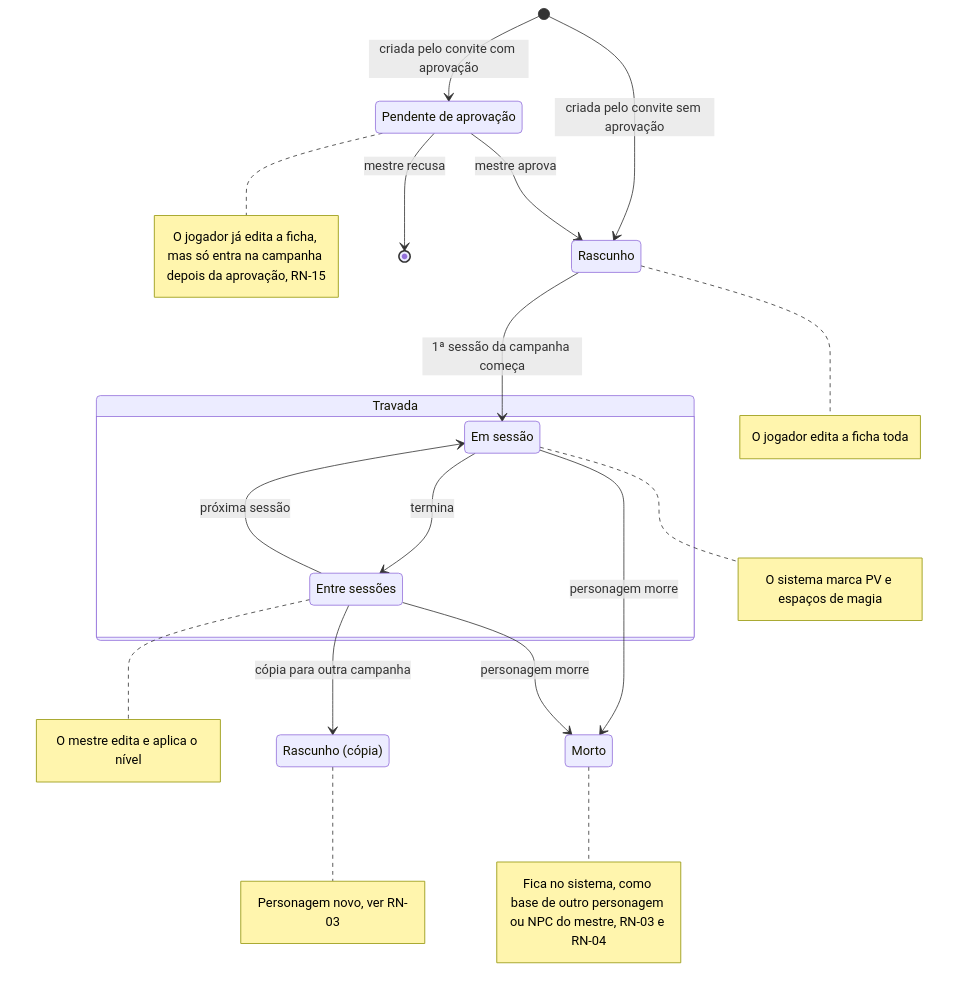
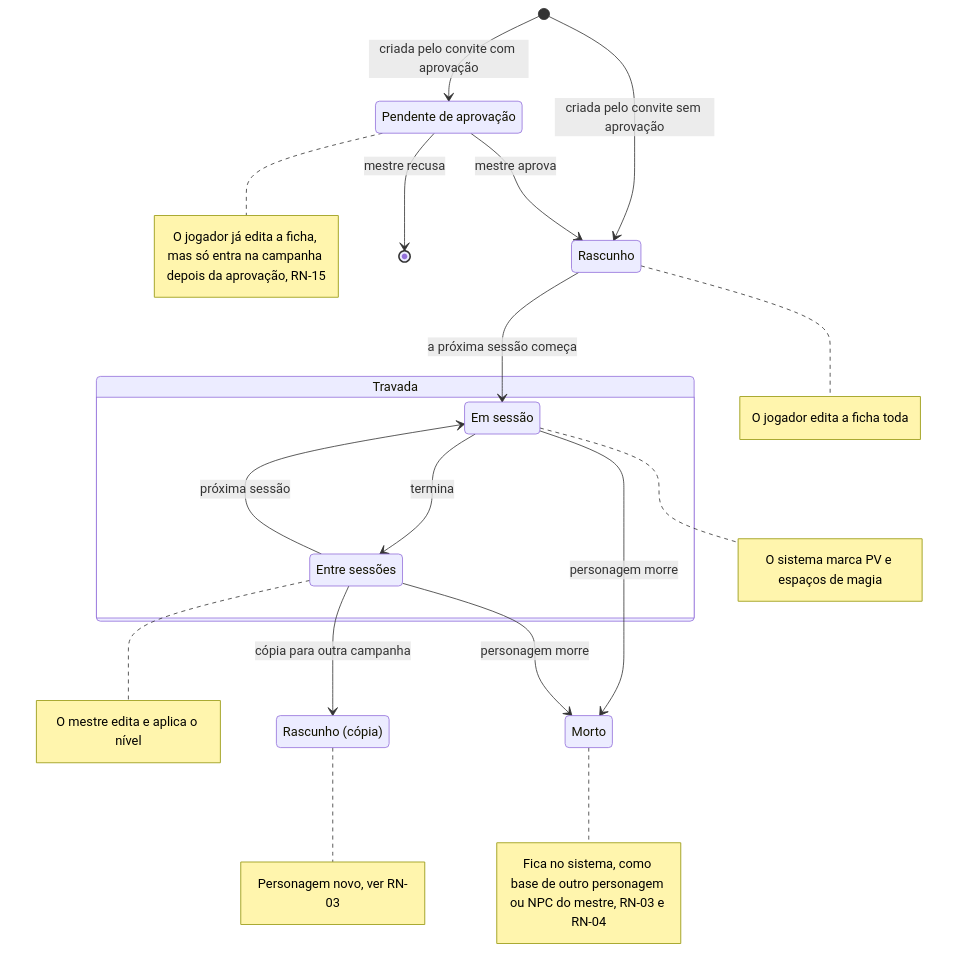
One commit to PuraFome/meuRPG changed the first of 2 diagrams in docs/produto/regras.md. Above: the diagram before and after it, drawn with Mermaid. The commit also changed other lines of this file and 43 other files, not shown here.

````diff
--- a/docs/produto/regras.md
+++ b/docs/produto/regras.md
@@ -36,30 +36,30 @@
 ```mermaid
 stateDiagram-v2
     state "Pendente de aprovação" as Pendente
     state "Rascunho" as Rascunho
     state "Rascunho (cópia)" as RascunhoCopia
     state "Morto" as Morto
 
     state Travada {
         state "Em sessão" as EmSessao
         state "Entre sessões" as EntreSessoes
         EmSessao --> EntreSessoes : termina
         EntreSessoes --> EmSessao : próxima sessão
     }
 
     [*] --> Pendente : criada pelo convite com aprovação
     [*] --> Rascunho : criada pelo convite sem aprovação
     Pendente --> Rascunho : mestre aprova
     Pendente --> [*] : mestre recusa
-    Rascunho --> EmSessao : 1ª sessão da campanha começa
+    Rascunho --> EmSessao : a próxima sessão começa
     EntreSessoes --> RascunhoCopia : cópia para outra campanha
     EmSessao --> Morto : personagem morre
     EntreSessoes --> Morto : personagem morre
 
     note right of Pendente : O jogador já edita a ficha, mas só entra na campanha depois da aprovação, RN-15
     note right of Rascunho : O jogador edita a ficha toda
     note right of EmSessao : O sistema marca PV e espaços de magia
     note right of EntreSessoes : O mestre edita e aplica o nível
     note right of RascunhoCopia : Personagem novo, ver RN-03
     note right of Morto : Fica no sistema, como base de outro personagem ou NPC do mestre, RN-03 e RN-04
 ```
````
